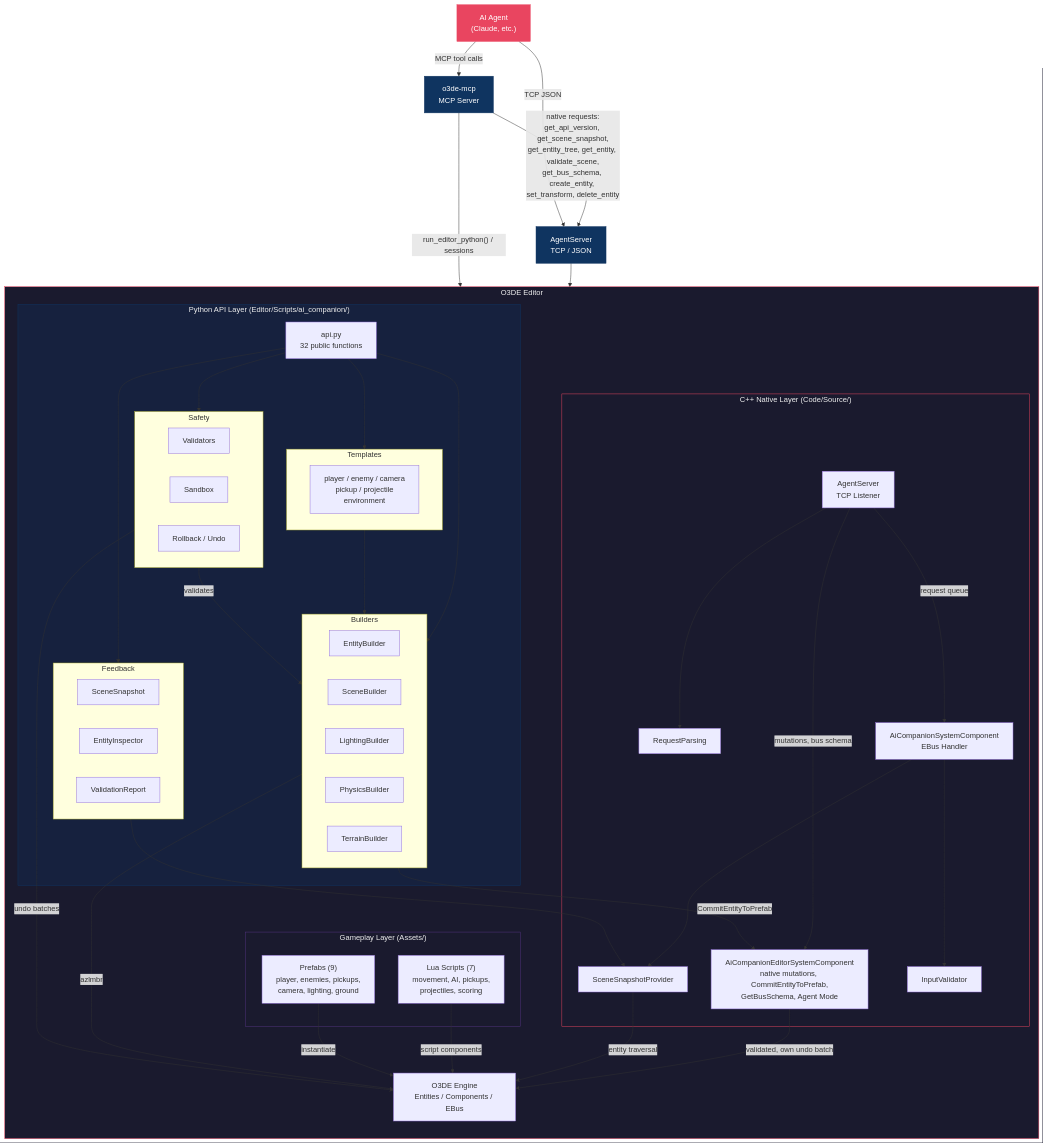
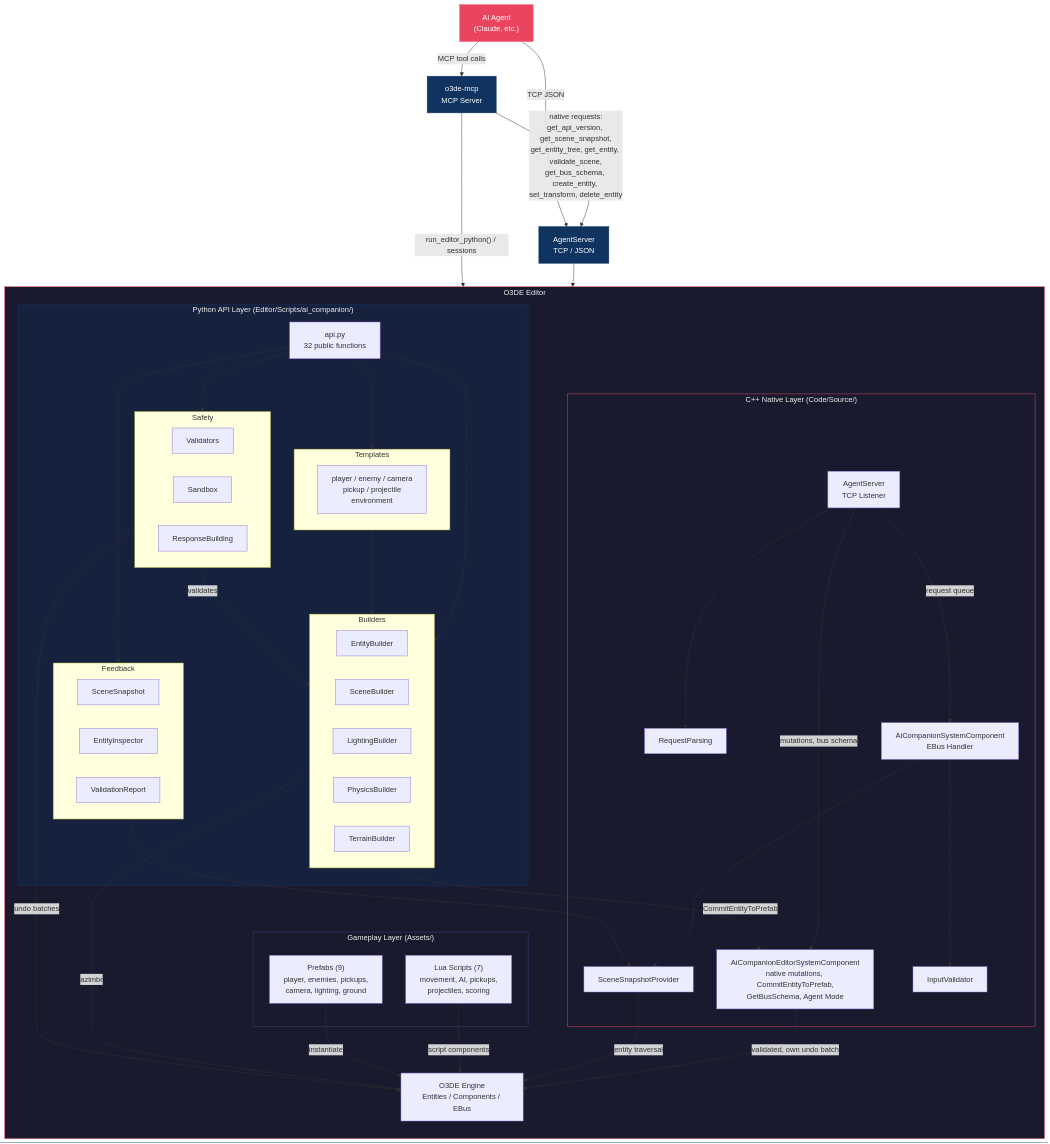
The diagram in Docs/architecture.md (nickschuetz/o3de-ai-companion-gem), drawn with Mermaid before and after one commit. The commit also changed other lines of this file and 13 other files, not shown here.

```diff
--- a/Docs/architecture.md
+++ b/Docs/architecture.md
@@ -56,6 +56,7 @@
             SSP["SceneSnapshotProvider"]
             IV["InputValidator"]
             RP["RequestParsing"]
+            RB["ResponseBuilding"]
             AS["AgentServer<br/>TCP Listener"]
         end
 
```
